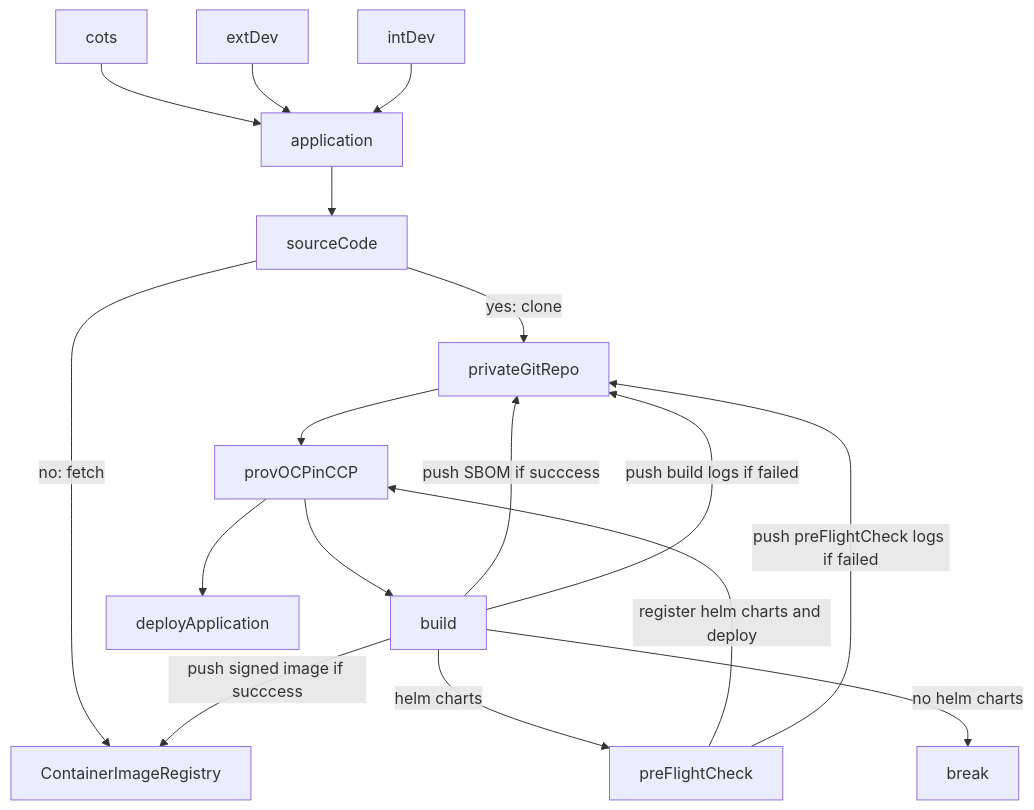
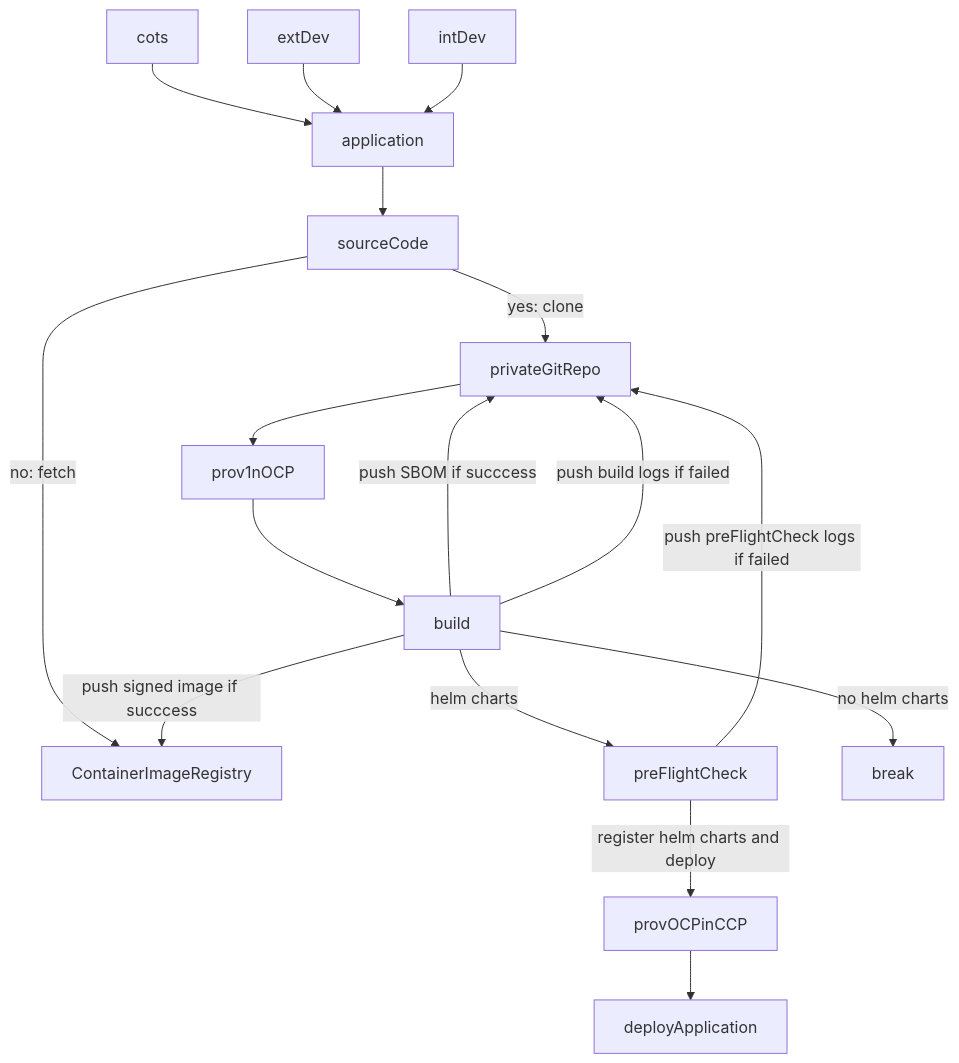
Before and after one commit to beezy-dev/verbose-couscous: the second of 2 diagrams in docs/application/saep.md, drawn with Mermaid.

````diff
--- a/docs/application/saep.md
+++ b/docs/application/saep.md
@@ -54,19 +54,19 @@
 ```mermaid
 flowchart TD
   cots --> application
   extDev --> application
   intDev --> application
   application --> sourceCode
   sourceCode -->|"no: fetch"| ContainerImageRegistry
   sourceCode -->|"yes: clone"| privateGitRepo
-  privateGitRepo --> provOCPinCCP
-  provOCPinCCP --> build
+  privateGitRepo --> prov1nOCP
+  prov1nOCP --> build
   build -->|"push SBOM if succcess"| privateGitRepo
   build -->|"push signed image if succcess"| ContainerImageRegistry
   build -->|"push build logs if failed" | privateGitRepo
   build -->|"helm charts"| preFlightCheck
   build -->|"no helm charts"| break
   preFlightCheck --> |"register helm charts and deploy"| provOCPinCCP
   provOCPinCCP --> deployApplication
   preFlightCheck --> |"push preFlightCheck logs if failed"| privateGitRepo
 ```
````
